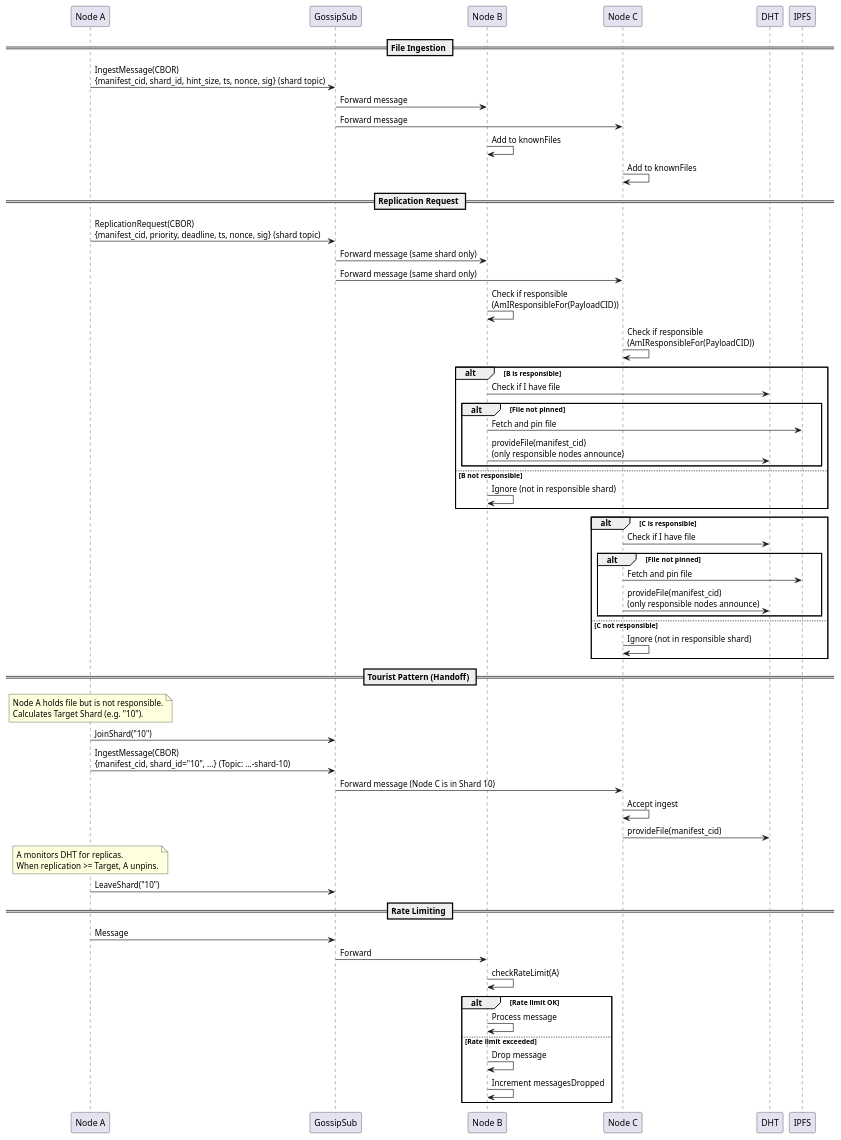
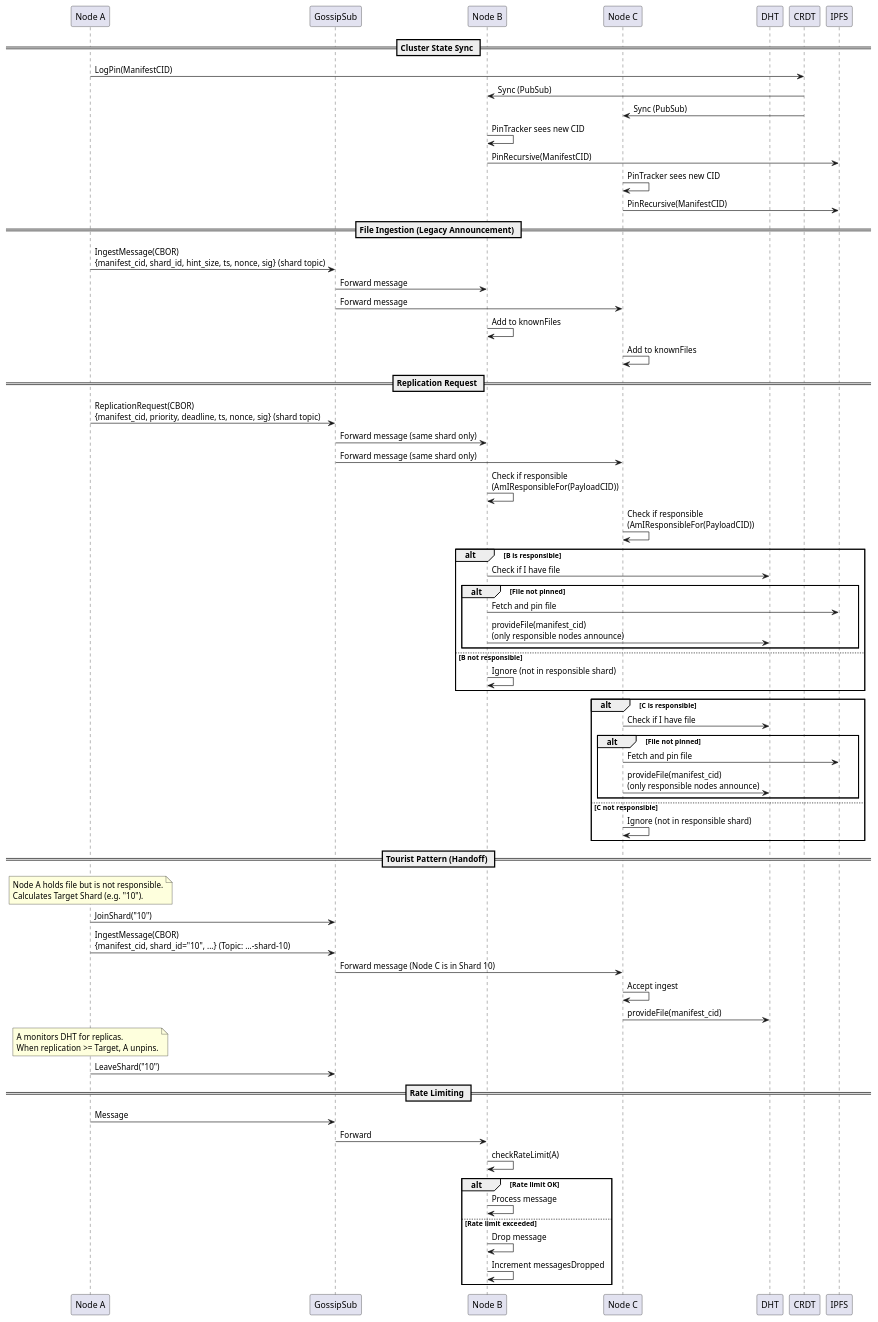
The diagram in docs/message_flow.puml (gipplab/D-LOCKSS), drawn with PlantUML before and after one commit. The commit also changed 23 other files, not shown here.

Commit message:
added ipfs cluster as replication manager

```diff
--- a/docs/message_flow.puml
+++ b/docs/message_flow.puml
@@ -1,62 +1,71 @@
 @startuml Message Flow Diagram
 
 participant "Node A" as A
 participant "GossipSub" as GS
 participant "Node B" as B
 participant "Node C" as C
 participant "DHT" as DHT
 
-== File Ingestion ==
+== Cluster State Sync ==
+A -> CRDT: LogPin(ManifestCID)
+CRDT -> B: Sync (PubSub)
+CRDT -> C: Sync (PubSub)
+B -> B: PinTracker sees new CID
+B -> IPFS: PinRecursive(ManifestCID)
+C -> C: PinTracker sees new CID
+C -> IPFS: PinRecursive(ManifestCID)
+
+== File Ingestion (Legacy Announcement) ==
 A -> GS: IngestMessage(CBOR)\n{manifest_cid, shard_id, hint_size, ts, nonce, sig} (shard topic)
 GS -> B: Forward message
 GS -> C: Forward message
 B -> B: Add to knownFiles
 C -> C: Add to knownFiles
 
 == Replication Request ==
 A -> GS: ReplicationRequest(CBOR)\n{manifest_cid, priority, deadline, ts, nonce, sig} (shard topic)
 GS -> B: Forward message (same shard only)
 GS -> C: Forward message (same shard only)
 B -> B: Check if responsible\n(AmIResponsibleFor(PayloadCID))
 C -> C: Check if responsible\n(AmIResponsibleFor(PayloadCID))
 alt B is responsible
     B -> DHT: Check if I have file
     alt File not pinned
         B -> IPFS: Fetch and pin file
         B -> DHT: provideFile(manifest_cid)\n(only responsible nodes announce)
     end
 else B not responsible
     B -> B: Ignore (not in responsible shard)
 end
 alt C is responsible
     C -> DHT: Check if I have file
     alt File not pinned
         C -> IPFS: Fetch and pin file
         C -> DHT: provideFile(manifest_cid)\n(only responsible nodes announce)
     end
 else C not responsible
     C -> C: Ignore (not in responsible shard)
 end
 
 == Tourist Pattern (Handoff) ==
 note over A: Node A holds file but is not responsible.\nCalculates Target Shard (e.g. "10").
 A -> GS: JoinShard("10")
 A -> GS: IngestMessage(CBOR)\n{manifest_cid, shard_id="10", ...} (Topic: ...-shard-10)
 GS -> C: Forward message (Node C is in Shard 10)
 C -> C: Accept ingest
 C -> DHT: provideFile(manifest_cid)
 note over A: A monitors DHT for replicas.\nWhen replication >= Target, A unpins.
 A -> GS: LeaveShard("10")
 
 == Rate Limiting ==
 A -> GS: Message
 GS -> B: Forward
 B -> B: checkRateLimit(A)
 alt Rate limit OK
     B -> B: Process message
 else Rate limit exceeded
     B -> B: Drop message
     B -> B: Increment messagesDropped
 end
 
 @enduml
```
